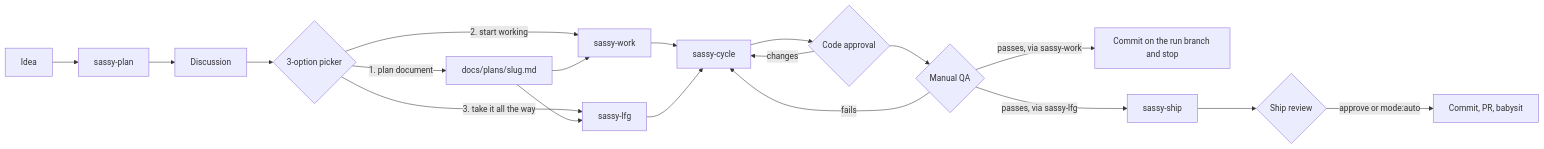
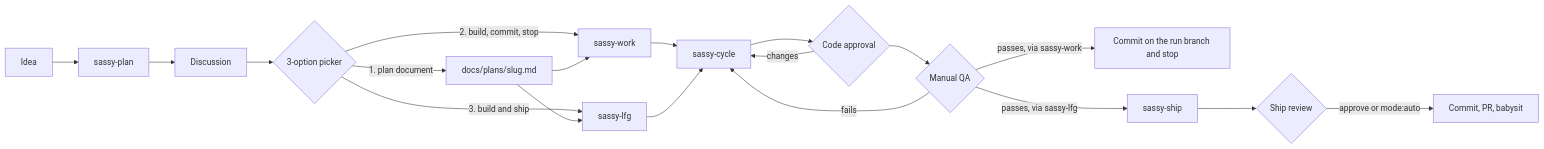
One commit to sassywares/sassy-skills changed the first of 2 diagrams in README.md. Above: the diagram before and after it, drawn with Mermaid. The commit also changed other lines of this file and 4 other files, not shown here.

````diff
--- a/README.md
+++ b/README.md
@@ -194,21 +194,21 @@
 ```mermaid
 flowchart LR
   A[Idea] --> B[sassy-plan]
   B --> C[Discussion]
   C --> D{3-option picker}
   D -->|1. plan document| E[docs/plans/slug.md]
-  D -->|2. start working| F[sassy-work]
-  D -->|3. take it all the way| G[sassy-lfg]
+  D -->|2. build, commit, stop| F[sassy-work]
+  D -->|3. build and ship| G[sassy-lfg]
   E --> F
   E --> G
   F --> H[sassy-cycle]
   G --> H
   H --> I{Code approval}
   I -->|changes| H
   I --> Q{Manual QA}
   Q -->|fails| H
   Q -->|passes, via sassy-work| J[Commit on the run branch and stop]
   Q -->|passes, via sassy-lfg| K[sassy-ship]
   K --> L{Ship review}
   L -->|approve or mode:auto| M[Commit, PR, babysit]
 ```
````
